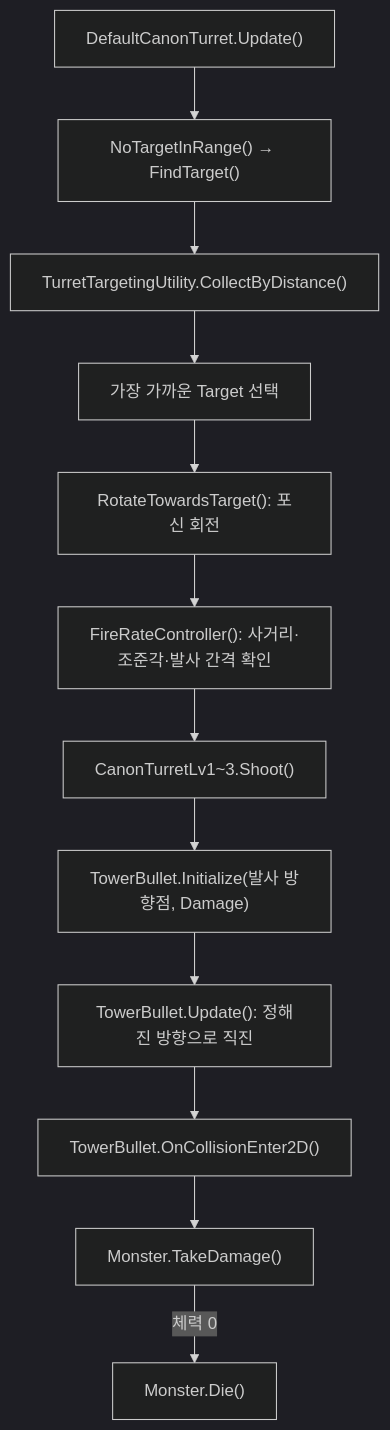
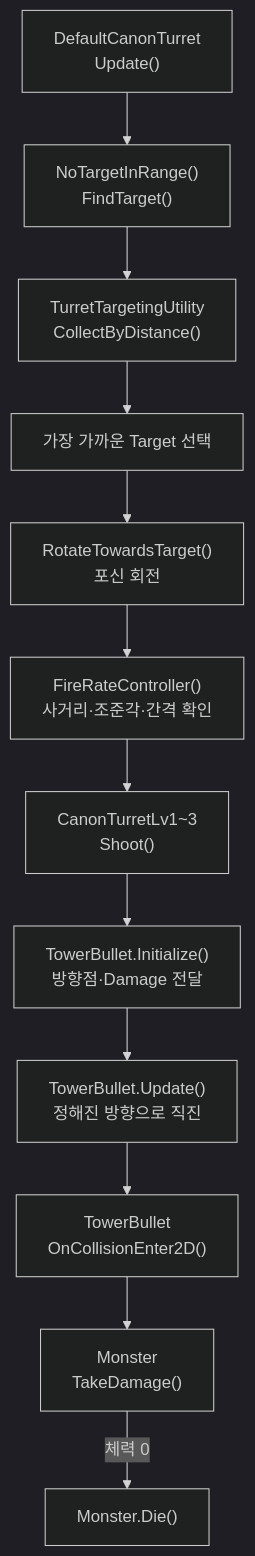
The sixth of 11 diagrams in Docs/architecture/turret-system-guide.md (Team-HJD-21/unity-6-the-developer), drawn with Mermaid (dark theme) before and after one commit. The commit also changed other lines of this file and 1 other file, not shown here.

Commit message:
Docs(turret) : prevent text clipping in diagrams

````diff
--- a/Docs/architecture/turret-system-guide.md
+++ b/Docs/architecture/turret-system-guide.md
@@ -256,14 +264,14 @@
 ```mermaid
 flowchart TD
-    Update["DefaultCanonTurret.Update()"] --> Search["NoTargetInRange() → FindTarget()"]
-    Search --> Collect["TurretTargetingUtility.CollectByDistance()"]
+    Update["DefaultCanonTurret<br>Update()"] --> Search["NoTargetInRange()<br>FindTarget()"]
+    Search --> Collect["TurretTargetingUtility<br>CollectByDistance()"]
     Collect --> Target["가장 가까운 Target 선택"]
-    Target --> Rotate["RotateTowardsTarget(): 포신 회전"]
-    Rotate --> Fire["FireRateController(): 사거리·조준각·발사 간격 확인"]
-    Fire --> Shoot["CanonTurretLv1~3.Shoot()"]
-    Shoot --> Init["TowerBullet.Initialize(발사 방향점, Damage)"]
-    Init --> Move["TowerBullet.Update(): 정해진 방향으로 직진"]
-    Move --> Collision["TowerBullet.OnCollisionEnter2D()"]
-    Collision --> Damage["Monster.TakeDamage()"]
+    Target --> Rotate["RotateTowardsTarget()<br>포신 회전"]
+    Rotate --> Fire["FireRateController()<br>사거리·조준각·간격 확인"]
+    Fire --> Shoot["CanonTurretLv1~3<br>Shoot()"]
+    Shoot --> Init["TowerBullet.Initialize()<br>방향점·Damage 전달"]
+    Init --> Move["TowerBullet.Update()<br>정해진 방향으로 직진"]
+    Move --> Collision["TowerBullet<br>OnCollisionEnter2D()"]
+    Collision --> Damage["Monster<br>TakeDamage()"]
     Damage -->|체력 0| Die["Monster.Die()"]
 ```
````
